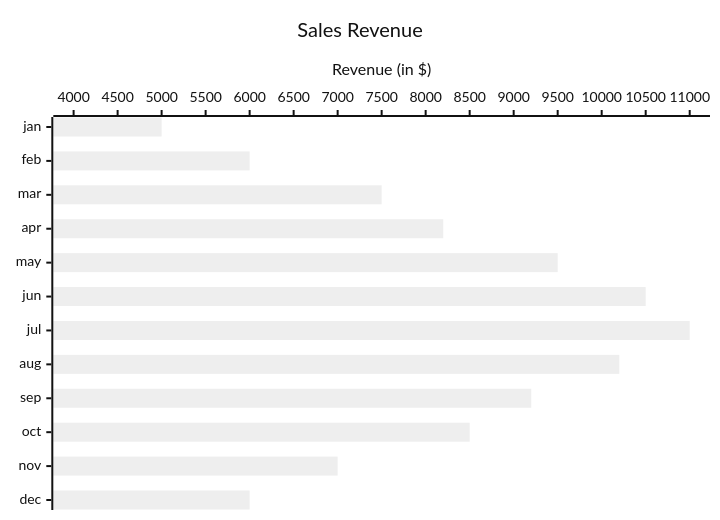
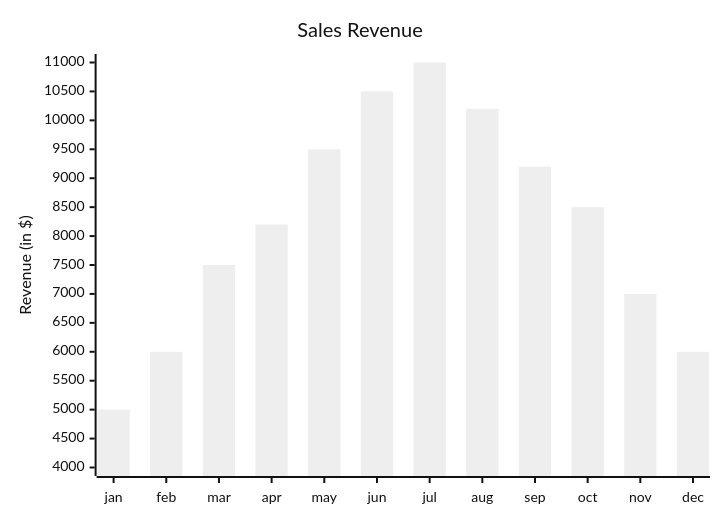
Before and after one commit to Tellusant/docs: the second of 2 diagrams in articles-posts/economic-sentiment-zaf.md, drawn with Mermaid (neutral theme).

```diff
--- a/articles-posts/economic-sentiment-zaf.md
+++ b/articles-posts/economic-sentiment-zaf.md
@@ -59,10 +59,10 @@
 <div class="mermaid">
 
-xychart horizontal
-    title "Sales Revenue"
+xychart 
+title "Sales Revenue"
     x-axis [jan, feb, mar, apr, may, jun, jul, aug, sep, oct, nov, dec]
     y-axis "Revenue (in $)" 4000 --> 11000
     bar [5000, 6000, 7500, 8200, 9500, 10500, 11000, 10200, 9200, 8500, 7000, 6000]
   
 
     </div>
```
